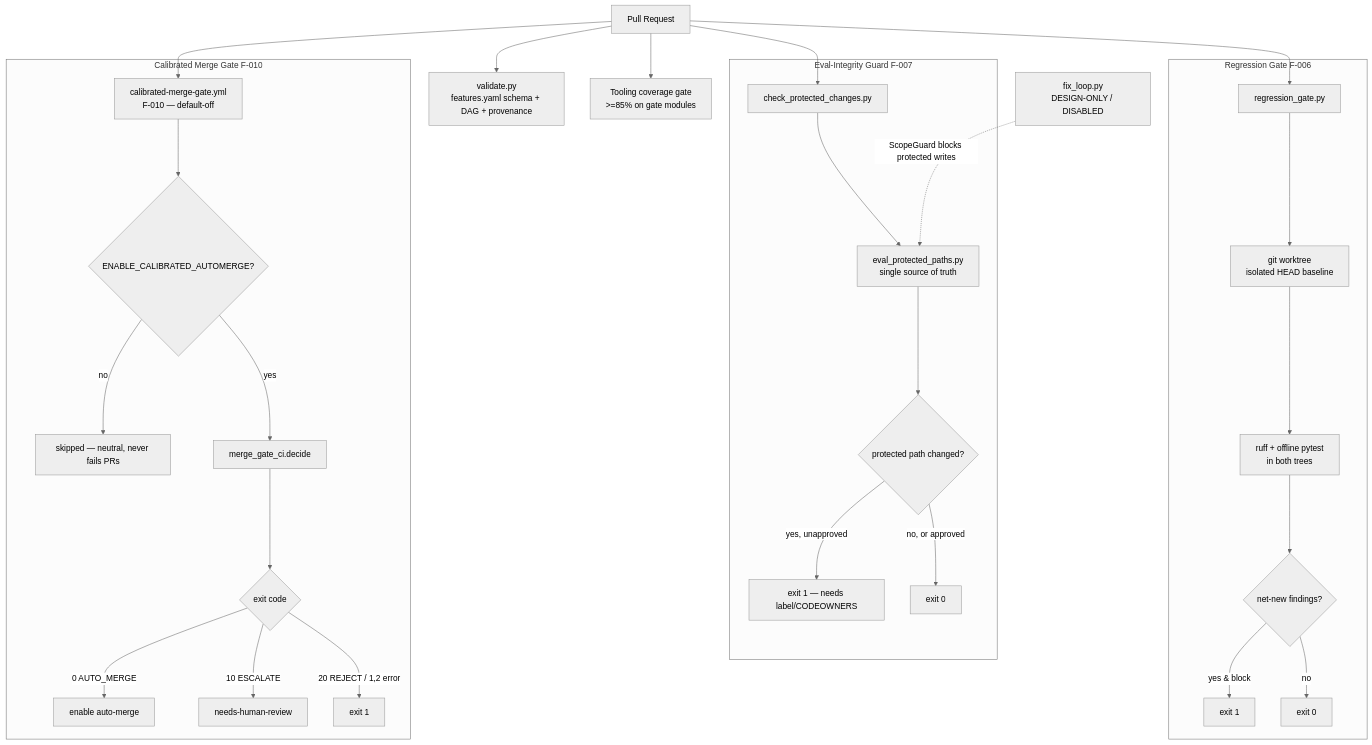
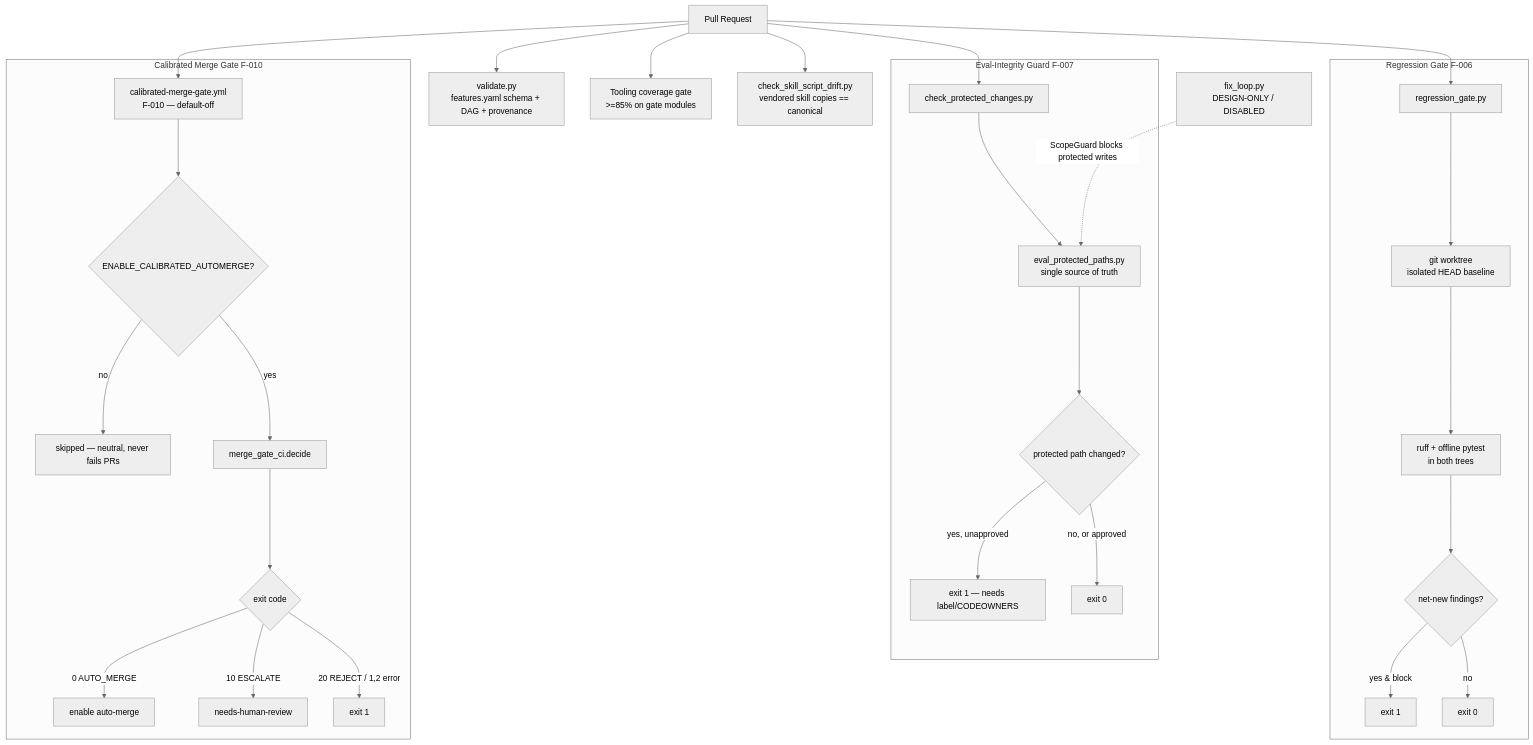
The sixth of 7 diagrams in docs/c4_architecture.md (ianshank/Agents), drawn with Mermaid (neutral theme) before and after one commit. The commit also changed 3 other files, not shown here.

````diff
--- a/docs/c4_architecture.md
+++ b/docs/c4_architecture.md
@@ -192,35 +192,36 @@
 ```mermaid
 flowchart TB
     PR[Pull Request] --> VAL[validate.py<br/>features.yaml schema + DAG + provenance]
     PR --> COV[Tooling coverage gate<br/>>=85% on gate modules]
     PR --> REG[regression_gate.py]
     PR --> GUARD[check_protected_changes.py]
+    PR --> DRIFT[check_skill_script_drift.py<br/>vendored skill copies == canonical]
     PR --> MG[calibrated-merge-gate.yml<br/>F-010 — default-off]
 
     subgraph Regression Gate F-006
         REG --> WT[git worktree<br/>isolated HEAD baseline]
         WT --> DIFF[ruff + offline pytest<br/>in both trees]
         DIFF --> NET{net-new findings?}
         NET -->|yes & block| FAIL1[exit 1]
         NET -->|no| PASS1[exit 0]
     end
 
     subgraph Eval-Integrity Guard F-007
         GUARD --> MATCH[eval_protected_paths.py<br/>single source of truth]
         MATCH --> PROT{protected path changed?}
         PROT -->|yes, unapproved| FAIL2[exit 1 — needs label/CODEOWNERS]
         PROT -->|no, or approved| PASS2[exit 0]
     end
 
     subgraph Calibrated Merge Gate F-010
         MG --> ENABLED{ENABLE_CALIBRATED_AUTOMERGE?}
         ENABLED -->|no| SKIP[skipped — neutral, never fails PRs]
         ENABLED -->|yes| DECIDE[merge_gate_ci.decide]
         DECIDE --> RC{exit code}
         RC -->|0 AUTO_MERGE| MERGE[enable auto-merge]
         RC -->|10 ESCALATE| HUMAN[needs-human-review]
         RC -->|20 REJECT / 1,2 error| FAIL3[exit 1]
     end
 
     FIX[fix_loop.py<br/>DESIGN-ONLY / DISABLED] -.->|ScopeGuard blocks protected writes| MATCH
 ```
````
